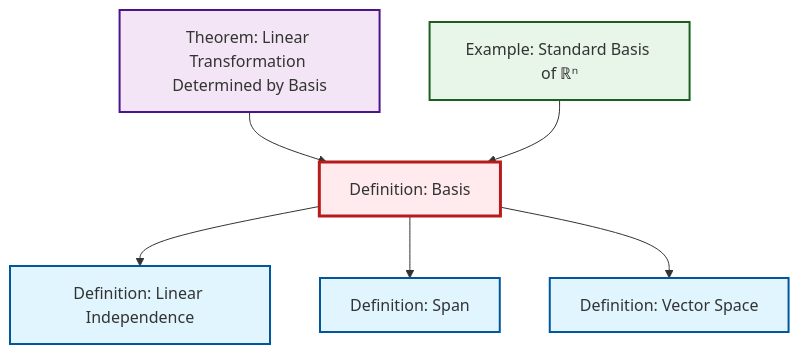
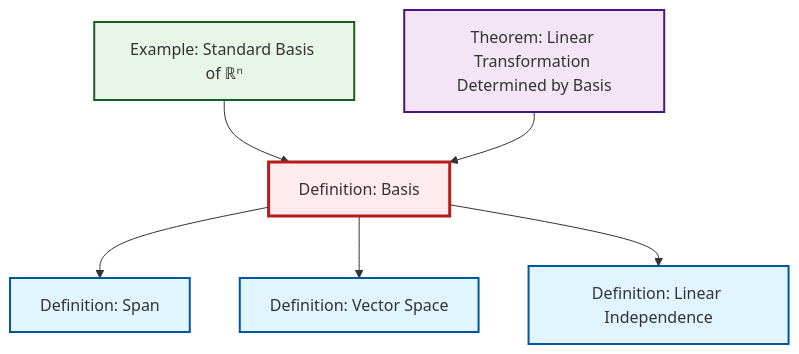
The diagram in content/en/algebra/def-basis.qmd (RK0429/ModernMath), drawn with Mermaid before and after one commit. The commit also changed other lines of this file and 434 other files, not shown here.

````diff
--- a/content/en/algebra/def-basis.qmd
+++ b/content/en/algebra/def-basis.qmd
@@ -48,26 +48,26 @@
 ```{mermaid}
 %%| fig-cap: "Local dependency graph"
 graph TD
     classDef definition fill:#e1f5fe,stroke:#01579b,stroke-width:2px
     classDef theorem fill:#f3e5f5,stroke:#4a148c,stroke-width:2px
     classDef axiom fill:#fff3e0,stroke:#e65100,stroke-width:2px
     classDef example fill:#e8f5e9,stroke:#1b5e20,stroke-width:2px
     classDef current fill:#ffebee,stroke:#b71c1c,stroke-width:3px
+    thm-linear-transformation-basis["Theorem: Linear Transformation Determined by Basis"]:::theorem
     def-linear-independence["Definition: Linear Independence"]:::definition
+    def-basis["Definition: Basis"]:::definition
+    ex-standard-basis-rn["Example: Standard Basis of ℝⁿ"]:::example
+    def-span["Definition: Span"]:::definition
     def-vector-space["Definition: Vector Space"]:::definition
-    def-span["Definition: Span"]:::definition
-    ex-standard-basis-rn["Example: Standard Basis of ℝⁿ"]:::example
-    def-basis["Definition: Basis"]:::definition
-    thm-linear-transformation-basis["Theorem: Linear Transformation Determined by Basis"]:::theorem
+    ex-standard-basis-rn --> def-basis
+    def-basis --> def-span
     thm-linear-transformation-basis --> def-basis
+    def-basis --> def-vector-space
     def-basis --> def-linear-independence
-    def-basis --> def-span
-    ex-standard-basis-rn --> def-basis
-    def-basis --> def-vector-space
     class def-basis current
+    click thm-linear-transformation-basis "thm-linear-transformation-basis.html" "Go to Linear Transformation Determined by Basis theorem"
     click def-linear-independence "def-linear-independence.html" "Go to Linear Independence definition"
+    click ex-standard-basis-rn "ex-standard-basis-rn.html" "Go to Standard Basis of ℝⁿ example"
+    click def-span "def-span.html" "Go to Span definition"
     click def-vector-space "def-vector-space.html" "Go to Vector Space definition"
-    click def-span "def-span.html" "Go to Span definition"
-    click ex-standard-basis-rn "ex-standard-basis-rn.html" "Go to Standard Basis of ℝⁿ example"
-    click thm-linear-transformation-basis "thm-linear-transformation-basis.html" "Go to Linear Transformation Determined by Basis theorem"
 ```
````
